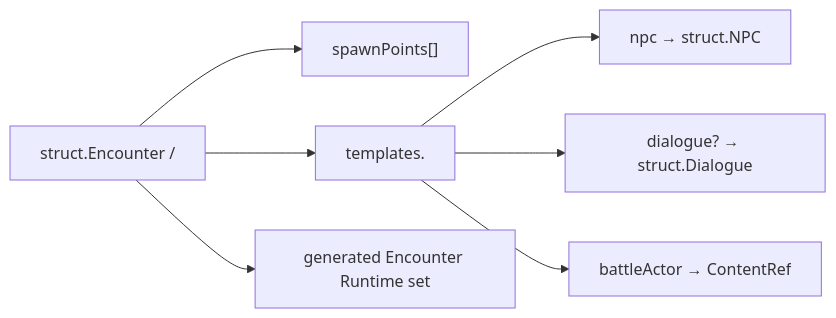
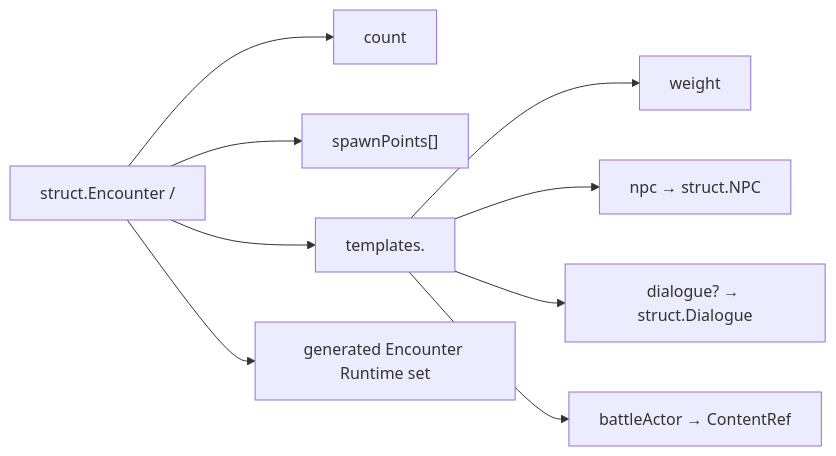
One commit to lithdoo/loom-realm changed diagram 11 of 11 in examples/PokeMan/doc/65-data-model-diagram.md. Above: the diagram before and after it, drawn with Mermaid. The commit also changed other lines of this file, not shown here.

Commit message:
docs(PokeMan): sync final data model diagram

````diff
--- a/examples/PokeMan/doc/65-data-model-diagram.md
+++ b/examples/PokeMan/doc/65-data-model-diagram.md
@@ -259,9 +277,11 @@
 ```mermaid
 flowchart LR
-  Encounter["struct.Encounter / <mapId>"] --> Spawn["spawnPoints[]"]
+  Encounter["struct.Encounter / <mapId>"] --> Count["count"]
+  Encounter --> Spawn["spawnPoints[]"]
   Encounter --> Templates["templates.<templateId>"]
+  Templates --> Weight["weight"]
   Templates --> NPC["npc → struct.NPC"]
   Templates --> Dialogue["dialogue? → struct.Dialogue"]
   Templates --> Actor["battleActor → ContentRef"]
   Encounter --> Runtime["generated Encounter Runtime set"]
 ```
````
